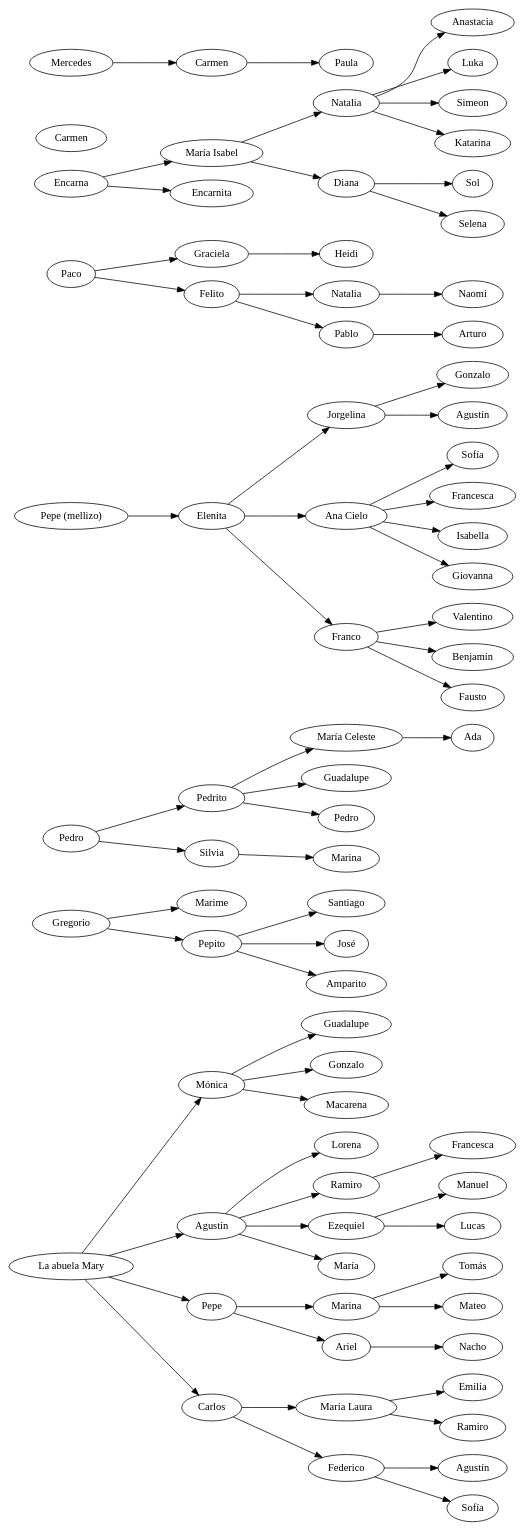
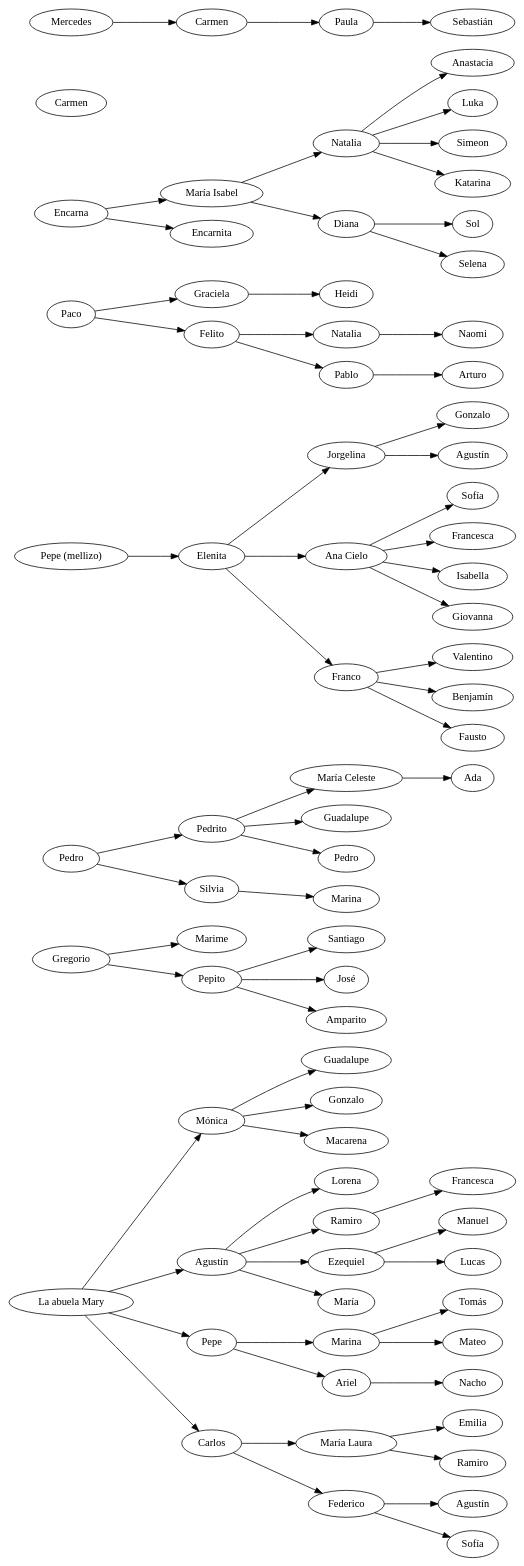
Before and after one commit to ramiror/gomitada: the diagram in gomitada.dot, drawn with Graphviz.

Commit message:
Add Sebas

```diff
--- a/gomitada.dot
+++ b/gomitada.dot
@@ -1,97 +1,98 @@
 digraph {
     rankdir=LR
     mari [label="La abuela Mary"]
     Gregorio
     Pedro
     pm [label="Pepe (mellizo)"]
     Paco
     Encarna
     Carmen
     Mercedes
     Gregorio -> Marime
     Gregorio -> Pepito
     Pedro -> Pedrito
     Pedro -> Silvia
     pm -> Elenita
     Paco -> Graciela -> Heidi
     Paco -> Felito
     Isabel [label="María Isabel"]
     Encarna -> Isabel
     Encarna -> Encarnita
     Carmen_Mercedes [label="Carmen"]
-    Mercedes -> Carmen_Mercedes -> Paula
+    sebas [label="Sebastián"]
+    Mercedes -> Carmen_Mercedes -> Paula -> sebas
     natalia_isabel [label="Natalia"]
     Isabel -> natalia_isabel
     Isabel -> Diana
     natalia_isabel -> Anastacia
     natalia_isabel -> Luka
     natalia_isabel -> Simeon
     kiki [label="Katarina"]
     natalia_isabel -> kiki
     Diana -> Sol
     Diana -> Selena
     moni [label="Mónica"]
     agus [label="Agustín"]
     mari -> agus
     mari -> Pepe
     mari -> Carlos
     mari -> moni
     agus -> Lorena
     agus -> Ramiro -> Francesca
     agus -> Ezequiel
     Maria_Agus [label="María"]
     agus -> Maria_Agus
     moni -> Guadalupe
     moni -> Gonzalo
     moni -> Macarena
     piqui [label="María Laura"]
     Carlos -> piqui
     Carlos -> Federico
     Pepe -> Marina
     Pepe -> Ariel -> Nacho
     Ezequiel -> Manuel
     Ezequiel -> Lucas
     Felito -> Natalia -> Naomi
     Felito -> Pablo -> Arturo
     piqui -> Emilia
     Ramiro_Piqui [label="Ramiro"]
     piqui -> Ramiro_Piqui
     Agus_Fede [label="Agustín"]
     Federico -> Agus_Fede
     sofi [label="Sofía"]
     Federico -> sofi
     Tomas [label="Tomás"]
     Marina -> Tomas
     Marina -> Mateo
     Pepito -> Santiago
     Jose [label="José"]
     Pepito -> Jose
     Pepito -> Amparito
     Elenita -> Jorgelina
     AnaCielo [label="Ana Cielo"]
     Elenita -> AnaCielo
     Elenita -> Franco
     Gonzalo_Jorgelina [label="Gonzalo"]
     Agus_Jorgelina [label="Agustín"]
     Jorgelina -> Agus_Jorgelina
     Jorgelina -> Gonzalo_Jorgelina
     Sofia_AnaCielo [label="Sofía"]
     Francesca_AnaCielo [label="Francesca"]
     AnaCielo -> Sofia_AnaCielo
     AnaCielo -> Francesca_AnaCielo
     AnaCielo -> Isabella
     AnaCielo -> Giovanna
     Franco -> Valentino
     Benja [label="Benjamín"]
     Franco -> Benja
     Franco -> Fausto
     macel [label="María Celeste"]
     guada_pedrito [label="Guadalupe"]
     pedro_pedrito [label="Pedro"]
     Pedrito -> macel
     Pedrito -> guada_pedrito
     Pedrito -> pedro_pedrito
     marina_silvia [label="Marina"]
     Silvia -> marina_silvia
     macel -> Ada
 }
```
